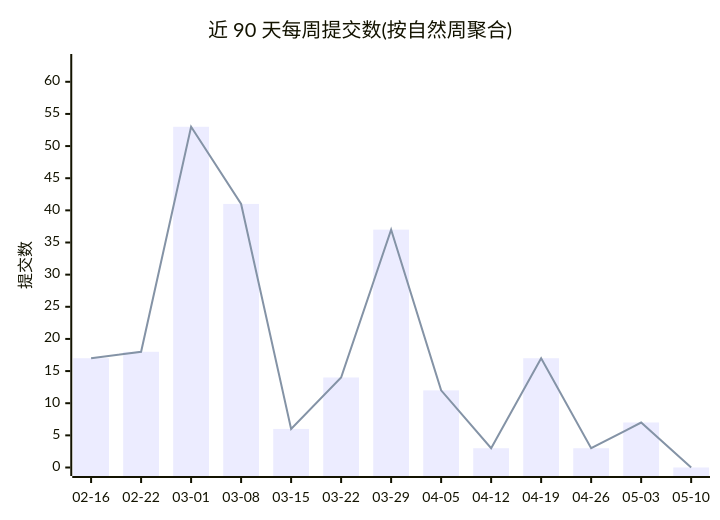
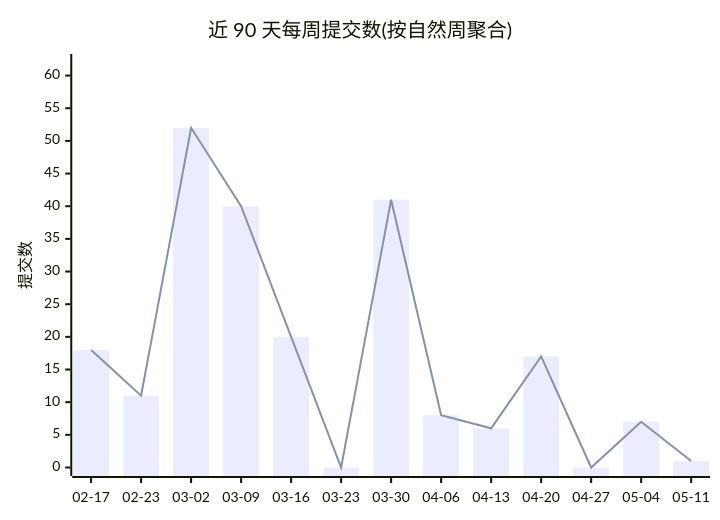
Before and after one commit to Conflux-Union/.github: the first of 2 diagrams in profile/README.md, drawn with Mermaid. The commit also changed other lines of this file and 1 other file, not shown here.

````diff
--- a/profile/README.md
+++ b/profile/README.md
@@ -44,8 +44,8 @@
 ```mermaid
 xychart-beta
     title "近 90 天每周提交数(按自然周聚合)"
-    x-axis ["02-16", "02-22", "03-01", "03-08", "03-15", "03-22", "03-29", "04-05", "04-12", "04-19", "04-26", "05-03", "05-10"]
-    y-axis "提交数" 0 --> 63
-    bar [17, 18, 53, 41, 6, 14, 37, 12, 3, 17, 3, 7, 0]
-    line [17, 18, 53, 41, 6, 14, 37, 12, 3, 17, 3, 7, 0]
+    x-axis ["02-17", "02-23", "03-02", "03-09", "03-16", "03-23", "03-30", "04-06", "04-13", "04-20", "04-27", "05-04", "05-11"]
+    y-axis "提交数" 0 --> 62
+    bar [18, 11, 52, 40, 20, 0, 41, 8, 6, 17, 0, 7, 1]
+    line [18, 11, 52, 40, 20, 0, 41, 8, 6, 17, 0, 7, 1]
 ```
````
